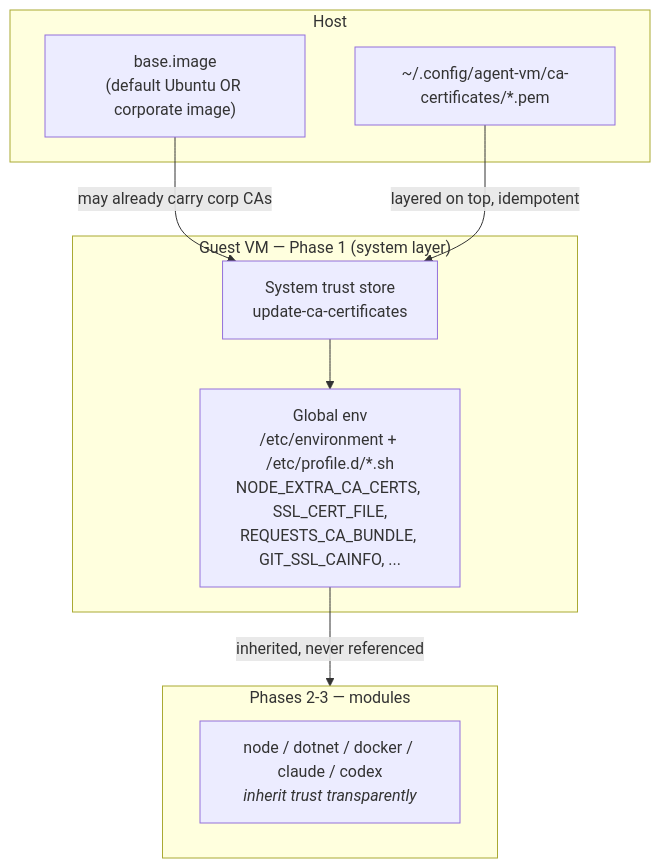
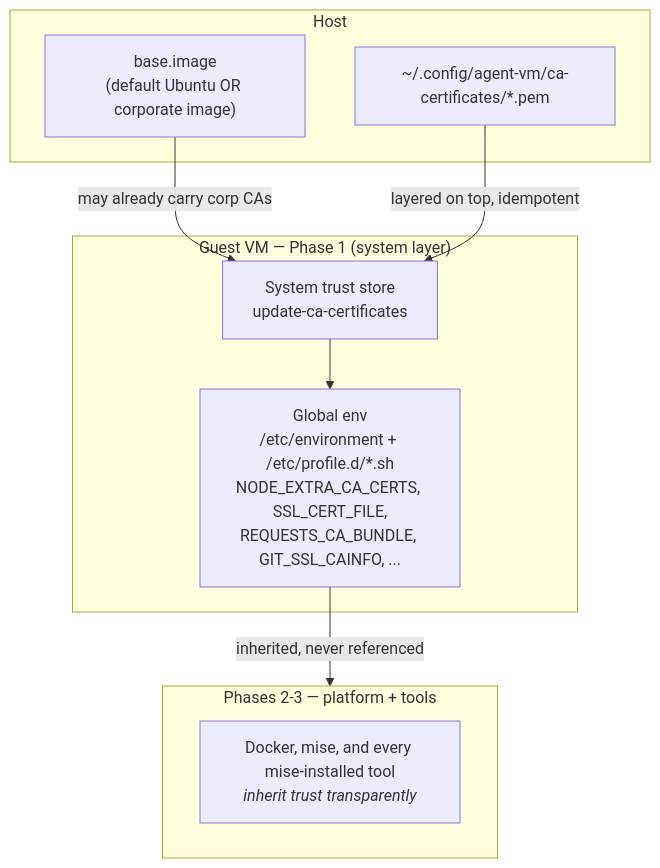
Before and after one commit to MikD1/agent-vm: the fourth of 6 diagrams in docs/architecture.md, drawn with Mermaid. The commit also changed other lines of this file and 3 other files, not shown here.

First line of the commit message:
docs: describe mise-based modules, files, and scripts

````diff
--- a/docs/architecture.md
+++ b/docs/architecture.md
@@ -219,21 +233,21 @@
 ```mermaid
 graph TB
     subgraph Host
         hostca["~/.config/agent-vm/ca-certificates/*.pem"]
         baseimg["base.image<br/>(default Ubuntu OR corporate image)"]
     end
 
     subgraph Guest["Guest VM — Phase 1 (system layer)"]
         trust["System trust store<br/>update-ca-certificates"]
         env["Global env<br/>/etc/environment + /etc/profile.d/*.sh<br/>NODE_EXTRA_CA_CERTS, SSL_CERT_FILE,<br/>REQUESTS_CA_BUNDLE, GIT_SSL_CAINFO, ..."]
     end
 
-    subgraph Modules["Phases 2-3 — modules"]
-        m["node / dotnet / docker / claude / codex<br/><i>inherit trust transparently</i>"]
+    subgraph Tools["Phases 2-3 — platform + tools"]
+        m["Docker, mise, and every mise-installed tool<br/><i>inherit trust transparently</i>"]
     end
 
     baseimg -- "may already carry corp CAs" --> trust
     hostca -- "layered on top, idempotent" --> trust
     trust --> env
-    env -- "inherited, never referenced" --> Modules
+    env -- "inherited, never referenced" --> Tools
 ```
````
